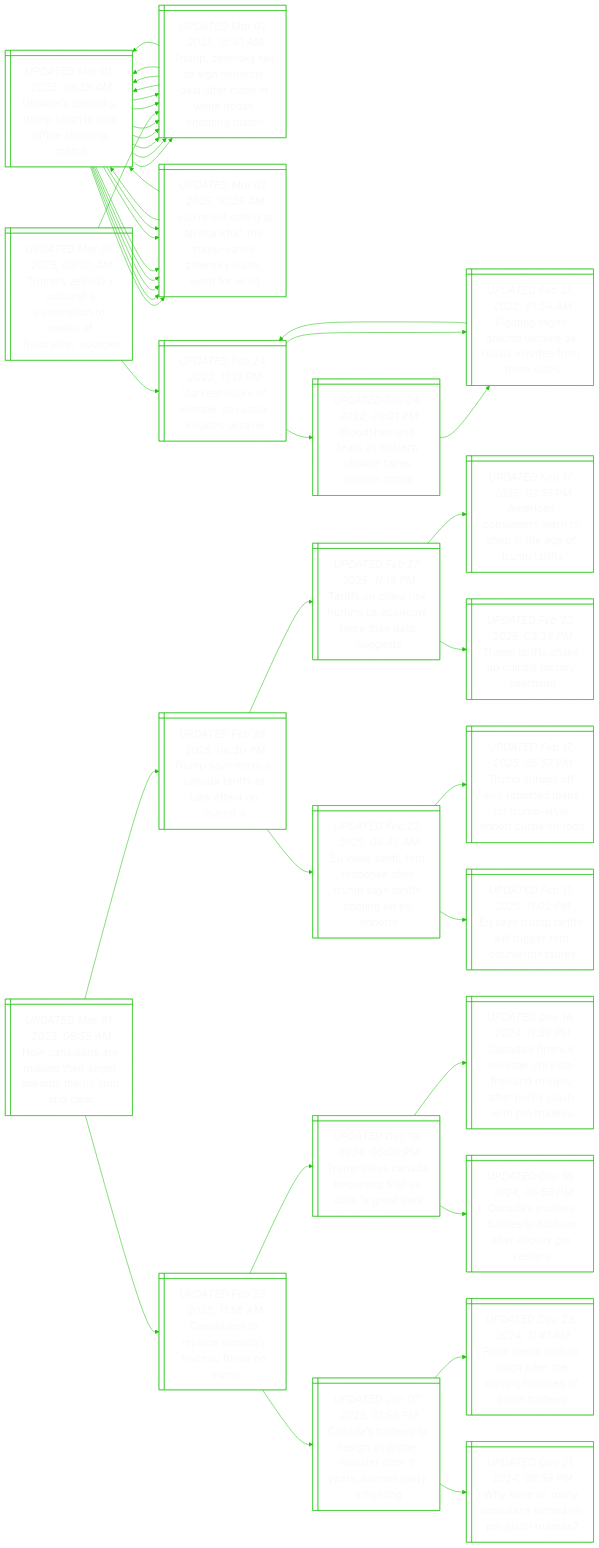
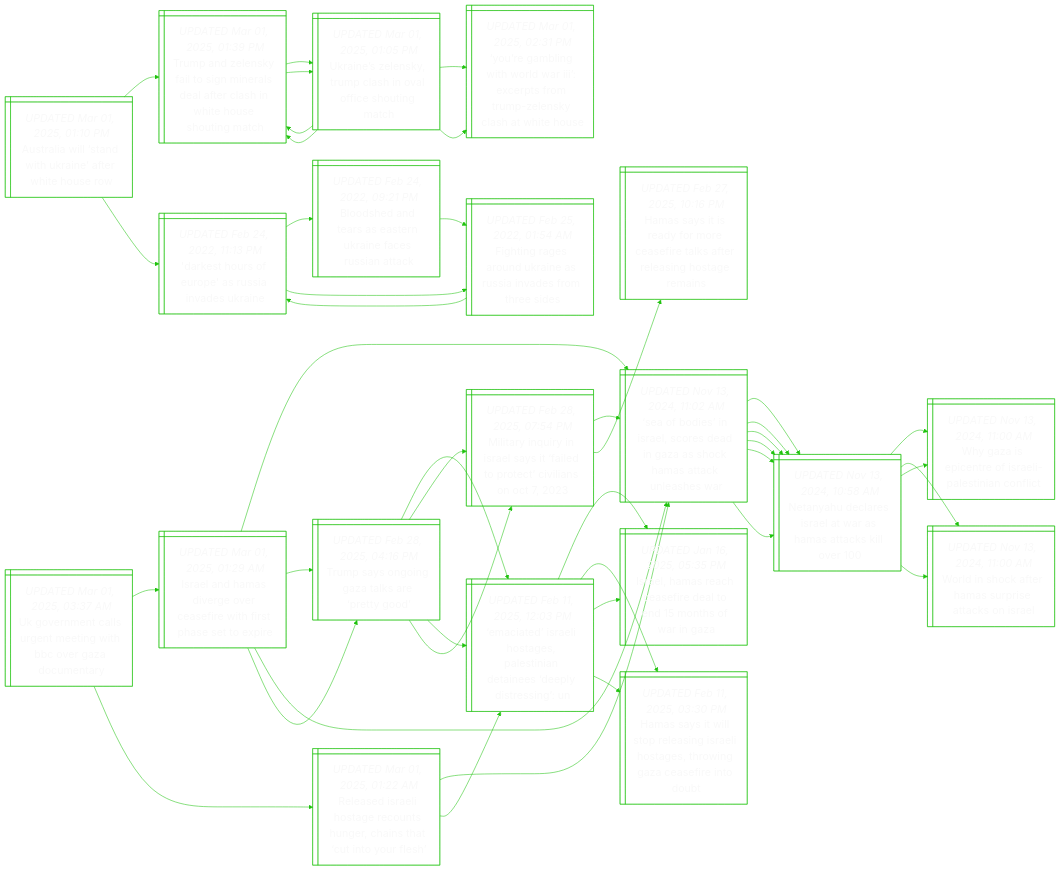
The diagram in README.md (notJmes/notJmes), drawn with Mermaid before and after one commit. The commit also changed other lines of this file, not shown here.

````diff
--- a/README.md
+++ b/README.md
@@ -16,68 +16,68 @@
 flowchart LR
 classDef txtsize font-size:20px;
 
-Unlyphaiogh@{ shape: win-pane, label: "_UPDATED Mar 01, 2025, 08:39 AM_
+Ilaiecfiratp@{ shape: win-pane, label: "_UPDATED Mar 01, 2025, 01:29 AM_
+Israel and hamas diverge over ceasefire with first phase set to expire" }
+Sbsrcdnacaale@{ shape: win-pane, label: "_UPDATED Nov 13, 2024, 11:02 AM_
+‘sea of bodies’ in israel, scores dead in gaza as shock hamas attack unleashes war" }
+NyeeawHakl@{ shape: win-pane, label: "_UPDATED Nov 13, 2024, 10:58 AM_
+Netanyahu declares israel at war as hamas attacks kill over 100" }
+WzptIleint@{ shape: win-pane, label: "_UPDATED Nov 13, 2024, 11:00 AM_
+Why gaza is epicentre of israeli-palestinian conflict" }
+Wiceapaks@{ shape: win-pane, label: "_UPDATED Nov 13, 2024, 11:00 AM_
+World in shock after hamas surprise attacks on israel" }
+NyeeawHakl@{ shape: win-pane, label: "_UPDATED Nov 13, 2024, 10:58 AM_
+Netanyahu declares israel at war as hamas attacks kill over 100" }
+WzptIleint@{ shape: win-pane, label: "_UPDATED Nov 13, 2024, 11:00 AM_
+Why gaza is epicentre of israeli-palestinian conflict" }
+Wiceapaks@{ shape: win-pane, label: "_UPDATED Nov 13, 2024, 11:00 AM_
+World in shock after hamas surprise attacks on israel" }
+Tsngtaeo@{ shape: win-pane, label: "_UPDATED Feb 28, 2025, 04:16 PM_
+Trump says ongoing gaza talks are ‘pretty good’" }
+Easiaaidnedeg@{ shape: win-pane, label: "_UPDATED Feb 11, 2025, 12:03 PM_
+‘emaciated’ israeli hostages, palestinian detainees ‘deeply distressing’: un" }
+Ilshedoooia@{ shape: win-pane, label: "_UPDATED Jan 16, 2025, 05:35 PM_
+Israel, hamas reach ceasefire deal to end 15 months of war in gaza" }
+Hstseirhgrgcfnu@{ shape: win-pane, label: "_UPDATED Feb 11, 2025, 03:30 PM_
+Hamas says it will stop releasing israeli hostages, throwing gaza ceasefire into doubt" }
+MaqiayattiaO@{ shape: win-pane, label: "_UPDATED Feb 28, 2025, 07:54 PM_
+Military inquiry in israel says it ‘failed to protect’ civilians on oct 7, 2023" }
+Sbsrcdnacaale@{ shape: win-pane, label: "_UPDATED Nov 13, 2024, 11:02 AM_
+‘sea of bodies’ in israel, scores dead in gaza as shock hamas attack unleashes war" }
+Hstarcfafeisrn@{ shape: win-pane, label: "_UPDATED Feb 27, 2025, 10:16 PM_
+Hamas says it is ready for more ceasefire talks after releasing hostage remains" }
+
+Ilaiecfiratp:::txtsize --> Sbsrcdnacaale:::txtsize
+Sbsrcdnacaale:::txtsize --> NyeeawHakl:::txtsize
+NyeeawHakl:::txtsize --> WzptIleint:::txtsize
+NyeeawHakl:::txtsize --> Wiceapaks:::txtsize
+Sbsrcdnacaale:::txtsize --> NyeeawHakl:::txtsize
+NyeeawHakl:::txtsize --> WzptIleint:::txtsize
+NyeeawHakl:::txtsize --> Wiceapaks:::txtsize
+Ilaiecfiratp:::txtsize --> Tsngtaeo:::txtsize
+Tsngtaeo:::txtsize --> Easiaaidnedeg:::txtsize
+Easiaaidnedeg:::txtsize --> Ilshedoooia:::txtsize
+Easiaaidnedeg:::txtsize --> Hstseirhgrgcfnu:::txtsize
+Tsngtaeo:::txtsize --> MaqiayattiaO:::txtsize
+MaqiayattiaO:::txtsize --> Sbsrcdnacaale:::txtsize
+MaqiayattiaO:::txtsize --> Hstarcfafeisrn:::txtsize
+
+Aaiatafhoo@{ shape: win-pane, label: "_UPDATED Mar 01, 2025, 01:10 PM_
+Australia will ‘stand with ukraine’ after white house row" }
+TalytnretaWHsit@{ shape: win-pane, label: "_UPDATED Mar 01, 2025, 01:39 PM_
+Trump and zelensky fail to sign minerals deal after clash in white house shouting match" }
+Unlyphaiogh@{ shape: win-pane, label: "_UPDATED Mar 01, 2025, 01:05 PM_
 Ukraine’s zelensky, trump clash in oval office shouting match" }
-TZsiinsacitsum@{ shape: win-pane, label: "_UPDATED Mar 01, 2025, 10:41 AM_
-Trump, zelensky fail to sign minerals deal after clash in white house shouting match" }
-Unlyphaiogh@{ shape: win-pane, label: "_UPDATED Mar 01, 2025, 08:39 AM_
+TalytnretaWHsit@{ shape: win-pane, label: "_UPDATED Mar 01, 2025, 01:39 PM_
+Trump and zelensky fail to sign minerals deal after clash in white house shouting match" }
+YgitlIcsTZsaWH@{ shape: win-pane, label: "_UPDATED Mar 01, 2025, 02:31 PM_
+‘you’re gambling with world war iii’: excerpts from trump-zelensky clash at white house" }
+Unlyphaiogh@{ shape: win-pane, label: "_UPDATED Mar 01, 2025, 01:05 PM_
 Ukraine’s zelensky, trump clash in oval office shouting match" }
-TZsiinsacitsum@{ shape: win-pane, label: "_UPDATED Mar 01, 2025, 10:41 AM_
-Trump, zelensky fail to sign minerals deal after clash in white house shouting match" }
-YntthuTVZsarw@{ shape: win-pane, label: "_UPDATED Mar 01, 2025, 10:25 AM_
-‘you’re not acting at all thankful’: the trump-vance-zelensky clash, word for word" }
-Unlyphaiogh@{ shape: win-pane, label: "_UPDATED Mar 01, 2025, 08:39 AM_
-Ukraine’s zelensky, trump clash in oval office shouting match" }
-TZsiinsacitsum@{ shape: win-pane, label: "_UPDATED Mar 01, 2025, 10:41 AM_
-Trump, zelensky fail to sign minerals deal after clash in white house shouting match" }
-YntthuTVZsarw@{ shape: win-pane, label: "_UPDATED Mar 01, 2025, 10:25 AM_
-‘you’re not acting at all thankful’: the trump-vance-zelensky clash, word for word" }
-YntthuTVZsarw@{ shape: win-pane, label: "_UPDATED Mar 01, 2025, 10:25 AM_
-‘you’re not acting at all thankful’: the trump-vance-zelensky clash, word for word" }
-Unlyphaiogh@{ shape: win-pane, label: "_UPDATED Mar 01, 2025, 08:39 AM_
-Ukraine’s zelensky, trump clash in oval office shouting match" }
-TZsiinsacitsum@{ shape: win-pane, label: "_UPDATED Mar 01, 2025, 10:41 AM_
-Trump, zelensky fail to sign minerals deal after clash in white house shouting match" }
-YntthuTVZsarw@{ shape: win-pane, label: "_UPDATED Mar 01, 2025, 10:25 AM_
-‘you’re not acting at all thankful’: the trump-vance-zelensky clash, word for word" }
-Unlyphaiogh@{ shape: win-pane, label: "_UPDATED Mar 01, 2025, 08:39 AM_
-Ukraine’s zelensky, trump clash in oval office shouting match" }
-TZsiinsacitsum@{ shape: win-pane, label: "_UPDATED Mar 01, 2025, 10:41 AM_
-Trump, zelensky fail to sign minerals deal after clash in white house shouting match" }
-YntthuTVZsarw@{ shape: win-pane, label: "_UPDATED Mar 01, 2025, 10:25 AM_
-‘you’re not acting at all thankful’: the trump-vance-zelensky clash, word for word" }
-
-Unlyphaiogh:::txtsize --> TZsiinsacitsum:::txtsize
-TZsiinsacitsum:::txtsize --> Unlyphaiogh:::txtsize
-Unlyphaiogh:::txtsize --> TZsiinsacitsum:::txtsize
-Unlyphaiogh:::txtsize --> YntthuTVZsarw:::txtsize
-TZsiinsacitsum:::txtsize --> Unlyphaiogh:::txtsize
-Unlyphaiogh:::txtsize --> TZsiinsacitsum:::txtsize
-Unlyphaiogh:::txtsize --> YntthuTVZsarw:::txtsize
-Unlyphaiogh:::txtsize --> YntthuTVZsarw:::txtsize
-YntthuTVZsarw:::txtsize --> Unlyphaiogh:::txtsize
-Unlyphaiogh:::txtsize --> TZsiinsacitsum:::txtsize
-Unlyphaiogh:::txtsize --> YntthuTVZsarw:::txtsize
-YntthuTVZsarw:::txtsize --> Unlyphaiogh:::txtsize
-Unlyphaiogh:::txtsize --> TZsiinsacitsum:::txtsize
-Unlyphaiogh:::txtsize --> YntthuTVZsarw:::txtsize
-
-Tsnusltfsutos@{ shape: win-pane, label: "_UPDATED Mar 01, 2025, 09:00 AM_
-Trump’s zelensky outburst a culmination of weeks of frustration: sources" }
-TZsiinsacitsum@{ shape: win-pane, label: "_UPDATED Mar 01, 2025, 10:41 AM_
-Trump, zelensky fail to sign minerals deal after clash in white house shouting match" }
-Unlyphaiogh@{ shape: win-pane, label: "_UPDATED Mar 01, 2025, 08:39 AM_
-Ukraine’s zelensky, trump clash in oval office shouting match" }
-TZsiinsacitsum@{ shape: win-pane, label: "_UPDATED Mar 01, 2025, 10:41 AM_
-Trump, zelensky fail to sign minerals deal after clash in white house shouting match" }
-YntthuTVZsarw@{ shape: win-pane, label: "_UPDATED Mar 01, 2025, 10:25 AM_
-‘you’re not acting at all thankful’: the trump-vance-zelensky clash, word for word" }
-Unlyphaiogh@{ shape: win-pane, label: "_UPDATED Mar 01, 2025, 08:39 AM_
-Ukraine’s zelensky, trump clash in oval office shouting match" }
-TZsiinsacitsum@{ shape: win-pane, label: "_UPDATED Mar 01, 2025, 10:41 AM_
-Trump, zelensky fail to sign minerals deal after clash in white house shouting match" }
-YntthuTVZsarw@{ shape: win-pane, label: "_UPDATED Mar 01, 2025, 10:25 AM_
-‘you’re not acting at all thankful’: the trump-vance-zelensky clash, word for word" }
+TalytnretaWHsit@{ shape: win-pane, label: "_UPDATED Mar 01, 2025, 01:39 PM_
+Trump and zelensky fail to sign minerals deal after clash in white house shouting match" }
+YgitlIcsTZsaWH@{ shape: win-pane, label: "_UPDATED Mar 01, 2025, 02:31 PM_
+‘you’re gambling with world war iii’: excerpts from trump-zelensky clash at white house" }
 DsruasvUn@{ shape: win-pane, label: "_UPDATED Feb 24, 2022, 11:13 PM_
 'darkest hours of europe' as russia invades ukraine" }
 Bsnranicsak@{ shape: win-pane, label: "_UPDATED Feb 24, 2022, 09:21 PM_
@@ -89,63 +89,63 @@
 DsruasvUn@{ shape: win-pane, label: "_UPDATED Feb 24, 2022, 11:13 PM_
 'darkest hours of europe' as russia invades ukraine" }
 
-Tsnusltfsutos:::txtsize --> TZsiinsacitsum:::txtsize
-TZsiinsacitsum:::txtsize --> Unlyphaiogh:::txtsize
-Unlyphaiogh:::txtsize --> TZsiinsacitsum:::txtsize
-Unlyphaiogh:::txtsize --> YntthuTVZsarw:::txtsize
-TZsiinsacitsum:::txtsize --> Unlyphaiogh:::txtsize
-Unlyphaiogh:::txtsize --> TZsiinsacitsum:::txtsize
-Unlyphaiogh:::txtsize --> YntthuTVZsarw:::txtsize
-Tsnusltfsutos:::txtsize --> DsruasvUn:::txtsize
+Aaiatafhoo:::txtsize --> TalytnretaWHsit:::txtsize
+TalytnretaWHsit:::txtsize --> Unlyphaiogh:::txtsize
+Unlyphaiogh:::txtsize --> TalytnretaWHsit:::txtsize
+Unlyphaiogh:::txtsize --> YgitlIcsTZsaWH:::txtsize
+TalytnretaWHsit:::txtsize --> Unlyphaiogh:::txtsize
+Unlyphaiogh:::txtsize --> TalytnretaWHsit:::txtsize
+Unlyphaiogh:::txtsize --> YgitlIcsTZsaWH:::txtsize
+Aaiatafhoo:::txtsize --> DsruasvUn:::txtsize
 DsruasvUn:::txtsize --> Bsnranicsak:::txtsize
 Bsnranicsak:::txtsize --> Figokesnsts:::txtsize
 DsruasvUn:::txtsize --> Figokesnsts:::txtsize
 Figokesnsts:::txtsize --> DsruasvUn:::txtsize
 
-Hnnmgrrreuc@{ shape: win-pane, label: "_UPDATED Mar 01, 2025, 09:55 AM_
-How canadians are making their anger towards the us loud and clear" }
-TseCaftfoc@{ shape: win-pane, label: "_UPDATED Feb 28, 2025, 06:30 PM_
-Trump says mexico, canada tariffs to take effect on march 4" }
-TfhirUnoaae@{ shape: win-pane, label: "_UPDATED Feb 27, 2025, 11:13 PM_
-Tariffs on china risk hurting us economy more than data suggests" }
-Acnrrhteur@{ shape: win-pane, label: "_UPDATED Feb 17, 2025, 02:51 PM_
-American consumers learn to shop in the age of trump tariffs" }
-Ttfkhfrrd@{ shape: win-pane, label: "_UPDATED Feb 23, 2025, 03:38 PM_
-Trump tariffs shake up china’s factory heartland" }
-Estrntuyiooms@{ shape: win-pane, label: "_UPDATED Feb 27, 2025, 06:45 AM_
-Eu vows swift, firm response after trump says tariffs coming on eu imports" }
-TssUopfuypun@{ shape: win-pane, label: "_UPDATED Feb 17, 2025, 05:57 PM_
-Trump shrugs off eu’s reported plans for trump-style import curbs on food" }
-Espflgiumr@{ shape: win-pane, label: "_UPDATED Feb 11, 2025, 11:02 PM_
-Eu says trump tariffs will trigger firm countermeasures" }
-CdtlasecT@{ shape: win-pane, label: "_UPDATED Feb 25, 2025, 11:58 AM_
-Candidates to replace canada’s trudeau focus on trump" }
-TjCamtard@{ shape: win-pane, label: "_UPDATED Dec 19, 2024, 05:00 PM_
-Trump jokes canada becoming 51st us state ‘a great idea’" }
-CaaieyFasapyhPd@{ shape: win-pane, label: "_UPDATED Dec 16, 2024, 11:36 PM_
-Canada’s finance minister chrystia freeland resigns after policy clash with pm trudeau" }
-CadaslfePi@{ shape: win-pane, label: "_UPDATED Dec 18, 2024, 06:58 PM_
-Canada’s trudeau battles to hold on after deputy pm resigns" }
-Cadogrieermrfi@{ shape: win-pane, label: "_UPDATED Jan 07, 2025, 01:53 PM_
-Canada’s trudeau to resign as prime minister after 9 years, blames party infighting" }
-FiltaTnoeuTa@{ shape: win-pane, label: "_UPDATED Dec 23, 2024, 11:41 AM_
-From liberal icon to maga joke: the waning fortunes of justin trudeau" }
-WvannnPtu@{ shape: win-pane, label: "_UPDATED Dec 21, 2024, 08:58 PM_
-Why have so many canadians turned on pm justin trudeau?" }
+UenleewBrdey@{ shape: win-pane, label: "_UPDATED Mar 01, 2025, 03:37 AM_
+Uk government calls urgent meeting with bbc over gaza documentary" }
+Ilaiecfiratp@{ shape: win-pane, label: "_UPDATED Mar 01, 2025, 01:29 AM_
+Israel and hamas diverge over ceasefire with first phase set to expire" }
+Sbsrcdnacaale@{ shape: win-pane, label: "_UPDATED Nov 13, 2024, 11:02 AM_
+‘sea of bodies’ in israel, scores dead in gaza as shock hamas attack unleashes war" }
+NyeeawHakl@{ shape: win-pane, label: "_UPDATED Nov 13, 2024, 10:58 AM_
+Netanyahu declares israel at war as hamas attacks kill over 100" }
+NyeeawHakl@{ shape: win-pane, label: "_UPDATED Nov 13, 2024, 10:58 AM_
+Netanyahu declares israel at war as hamas attacks kill over 100" }
+Tsngtaeo@{ shape: win-pane, label: "_UPDATED Feb 28, 2025, 04:16 PM_
+Trump says ongoing gaza talks are ‘pretty good’" }
+Easiaaidnedeg@{ shape: win-pane, label: "_UPDATED Feb 11, 2025, 12:03 PM_
+‘emaciated’ israeli hostages, palestinian detainees ‘deeply distressing’: un" }
+MaqiayattiaO@{ shape: win-pane, label: "_UPDATED Feb 28, 2025, 07:54 PM_
+Military inquiry in israel says it ‘failed to protect’ civilians on oct 7, 2023" }
+Rsrhgohrntnus@{ shape: win-pane, label: "_UPDATED Mar 01, 2025, 01:22 AM_
+Released israeli hostage recounts hunger, chains that ‘cut into your flesh’" }
+Sbsrcdnacaale@{ shape: win-pane, label: "_UPDATED Nov 13, 2024, 11:02 AM_
+‘sea of bodies’ in israel, scores dead in gaza as shock hamas attack unleashes war" }
+NyeeawHakl@{ shape: win-pane, label: "_UPDATED Nov 13, 2024, 10:58 AM_
+Netanyahu declares israel at war as hamas attacks kill over 100" }
+NyeeawHakl@{ shape: win-pane, label: "_UPDATED Nov 13, 2024, 10:58 AM_
+Netanyahu declares israel at war as hamas attacks kill over 100" }
+Easiaaidnedeg@{ shape: win-pane, label: "_UPDATED Feb 11, 2025, 12:03 PM_
+‘emaciated’ israeli hostages, palestinian detainees ‘deeply distressing’: un" }
+Ilshedoooia@{ shape: win-pane, label: "_UPDATED Jan 16, 2025, 05:35 PM_
+Israel, hamas reach ceasefire deal to end 15 months of war in gaza" }
+Hstseirhgrgcfnu@{ shape: win-pane, label: "_UPDATED Feb 11, 2025, 03:30 PM_
+Hamas says it will stop releasing israeli hostages, throwing gaza ceasefire into doubt" }
 
-Hnnmgrrreuc:::txtsize --> TseCaftfoc:::txtsize
-TseCaftfoc:::txtsize --> TfhirUnoaae:::txtsize
-TfhirUnoaae:::txtsize --> Acnrrhteur:::txtsize
-TfhirUnoaae:::txtsize --> Ttfkhfrrd:::txtsize
-TseCaftfoc:::txtsize --> Estrntuyiooms:::txtsize
-Estrntuyiooms:::txtsize --> TssUopfuypun:::txtsize
-Estrntuyiooms:::txtsize --> Espflgiumr:::txtsize
-Hnnmgrrreuc:::txtsize --> CdtlasecT:::txtsize
-CdtlasecT:::txtsize --> TjCamtard:::txtsize
-TjCamtard:::txtsize --> CaaieyFasapyhPd:::txtsize
-TjCamtard:::txtsize --> CadaslfePi:::txtsize
-CdtlasecT:::txtsize --> Cadogrieermrfi:::txtsize
-Cadogrieermrfi:::txtsize --> FiltaTnoeuTa:::txtsize
-Cadogrieermrfi:::txtsize --> WvannnPtu:::txtsize
+UenleewBrdey:::txtsize --> Ilaiecfiratp:::txtsize
+Ilaiecfiratp:::txtsize --> Sbsrcdnacaale:::txtsize
+Sbsrcdnacaale:::txtsize --> NyeeawHakl:::txtsize
+Sbsrcdnacaale:::txtsize --> NyeeawHakl:::txtsize
+Ilaiecfiratp:::txtsize --> Tsngtaeo:::txtsize
+Tsngtaeo:::txtsize --> Easiaaidnedeg:::txtsize
+Tsngtaeo:::txtsize --> MaqiayattiaO:::txtsize
+UenleewBrdey:::txtsize --> Rsrhgohrntnus:::txtsize
+Rsrhgohrntnus:::txtsize --> Sbsrcdnacaale:::txtsize
+Sbsrcdnacaale:::txtsize --> NyeeawHakl:::txtsize
+Sbsrcdnacaale:::txtsize --> NyeeawHakl:::txtsize
+Rsrhgohrntnus:::txtsize --> Easiaaidnedeg:::txtsize
+Easiaaidnedeg:::txtsize --> Ilshedoooia:::txtsize
+Easiaaidnedeg:::txtsize --> Hstseirhgrgcfnu:::txtsize
 
 ```
````
